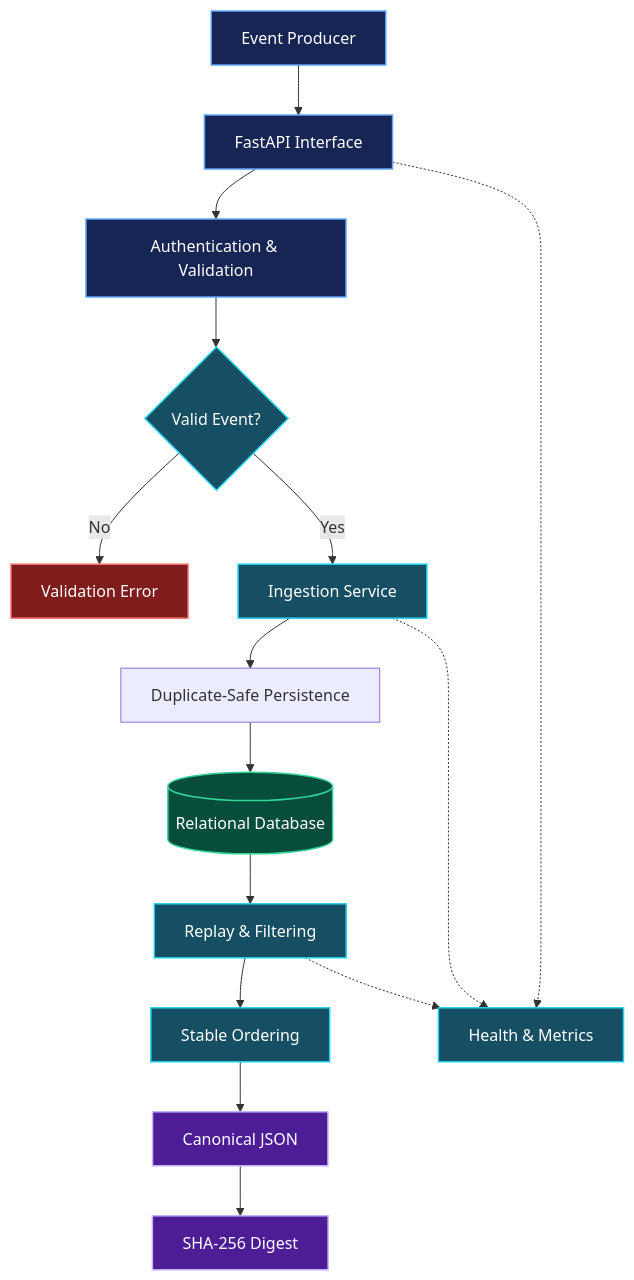
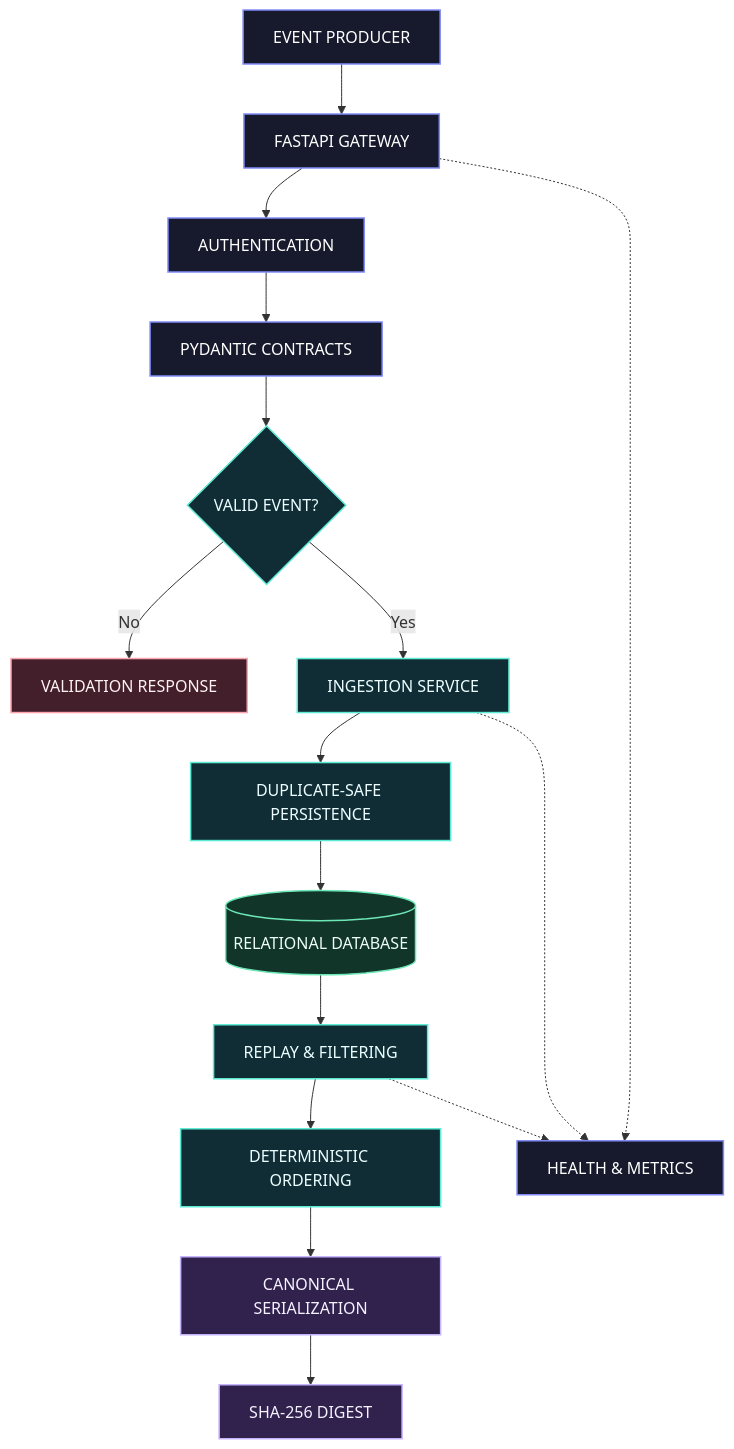
One commit to akankshad1712/marketflow-data-pipeline changed the diagram in README.md. Above: the diagram before and after it, drawn with Mermaid. The commit also changed other lines of this file, not shown here.

````diff
--- a/README.md
+++ b/README.md
@@ -43,31 +50,34 @@
 ```mermaid
 flowchart TB
-    A["Event Producer"] --> B["FastAPI Interface"]
-    B --> C["Authentication & Validation"]
-    C --> D{"Valid Event?"}
-    D -- No --> E["Validation Error"]
-    D -- Yes --> F["Ingestion Service"]
-    F --> G["Duplicate-Safe Persistence"]
-    G --> H[("Relational Database")]
-    H --> I["Replay & Filtering"]
-    I --> J["Stable Ordering"]
-    J --> K["Canonical JSON"]
-    K --> L["SHA-256 Digest"]
+    A["EVENT PRODUCER"] --> B["FASTAPI GATEWAY"]
+    B --> C["AUTHENTICATION"]
+    C --> D["PYDANTIC CONTRACTS"]
+    D --> E{"VALID EVENT?"}
 
-    B -.-> M["Health & Metrics"]
-    F -.-> M
-    I -.-> M
+    E -- No --> F["VALIDATION RESPONSE"]
+    E -- Yes --> G["INGESTION SERVICE"]
+    G --> H["DUPLICATE-SAFE PERSISTENCE"]
+    H --> I[("RELATIONAL DATABASE")]
 
-    classDef source fill:#172554,stroke:#60A5FA,color:#fff,stroke-width:1.5px
-    classDef process fill:#164E63,stroke:#22D3EE,color:#fff,stroke-width:1.5px
-    classDef store fill:#064E3B,stroke:#34D399,color:#fff,stroke-width:1.5px
-    classDef result fill:#4C1D95,stroke:#C4B5FD,color:#fff,stroke-width:1.5px
-    classDef error fill:#7F1D1D,stroke:#F87171,color:#fff,stroke-width:1.5px
+    I --> J["REPLAY & FILTERING"]
+    J --> K["DETERMINISTIC ORDERING"]
+    K --> L["CANONICAL SERIALIZATION"]
+    L --> M["SHA-256 DIGEST"]
 
-    class A,B,C source
-    class D,F,I,J process
-    class H store
-    class K,L result
-    class E error
-    class M process
+    B -.-> N["HEALTH & METRICS"]
+    G -.-> N
+    J -.-> N
+
+    classDef entry fill:#171A2C,stroke:#818CF8,color:#FFFFFF,stroke-width:1.5px
+    classDef process fill:#102D36,stroke:#5EEAD4,color:#ECFEFF,stroke-width:1.5px
+    classDef storage fill:#12352A,stroke:#6EE7B7,color:#ECFDF5,stroke-width:1.5px
+    classDef output fill:#30214D,stroke:#C4B5FD,color:#F5F3FF,stroke-width:1.5px
+    classDef exception fill:#421F2B,stroke:#FDA4AF,color:#FFF1F2,stroke-width:1.5px
+
+    class A,B,C,D entry
+    class E,G,H,J,K process
+    class I storage
+    class L,M output
+    class F exception
+    class N entry
 ```
````
